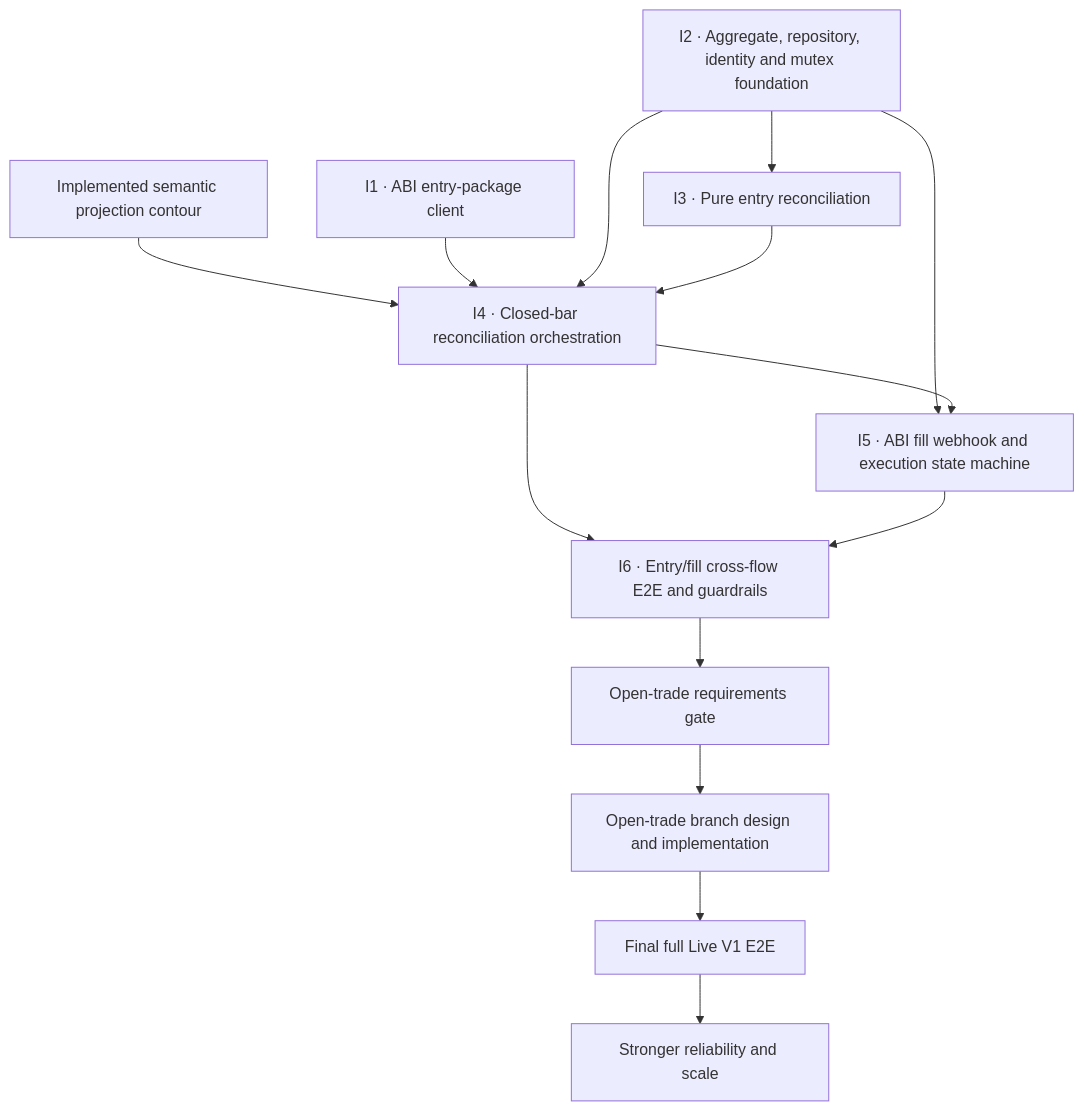
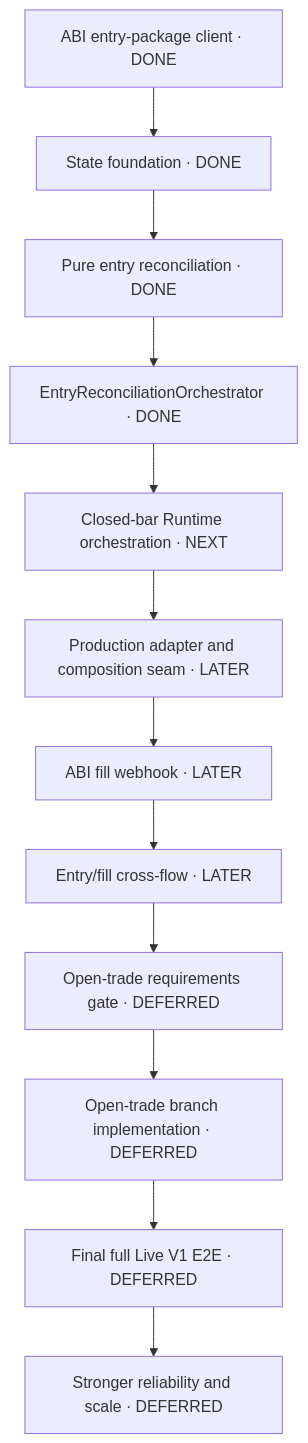
The diagram in docs/system-plans/runtime-abi-entry-delivery-map.md (roman-vyl/strategy_runtime), drawn with Mermaid before and after one commit. The commit also changed other lines of this file and 6 other files, not shown here.

````diff
--- a/docs/system-plans/runtime-abi-entry-delivery-map.md
+++ b/docs/system-plans/runtime-abi-entry-delivery-map.md
@@ -25,28 +25,19 @@
 ```mermaid
 flowchart TD
-    CURRENT["Implemented semantic projection contour"]
-    I1["I1 · ABI entry-package client"]
-    I2["I2 · Aggregate, repository, identity and mutex foundation"]
-    I3["I3 · Pure entry reconciliation"]
-    I4["I4 · Closed-bar reconciliation orchestration"]
-    I5["I5 · ABI fill webhook and execution state machine"]
-    I6["I6 · Entry/fill cross-flow E2E and guardrails"]
-    OPEN_GATE["Open-trade requirements gate"]
-    OPEN_IMPL["Open-trade branch design and implementation"]
-    FINAL["Final full Live V1 E2E"]
-    FUTURE["Stronger reliability and scale"]
+    I1["ABI entry-package client · DONE"]
+    I2["State foundation · DONE"]
+    I3["Pure entry reconciliation · DONE"]
+    I4A["EntryReconciliationOrchestrator · DONE"]
+    I4B["Closed-bar Runtime orchestration · NEXT"]
+    INTEGRATION["Production adapter and composition seam · LATER"]
+    I5["ABI fill webhook · LATER"]
+    I6["Entry/fill cross-flow · LATER"]
+    OPEN_GATE["Open-trade requirements gate · DEFERRED"]
+    OPEN_IMPL["Open-trade branch implementation · DEFERRED"]
+    FINAL["Final full Live V1 E2E · DEFERRED"]
+    FUTURE["Stronger reliability and scale · DEFERRED"]
 
-    CURRENT --> I4
-    I1 --> I4
-    I2 --> I3
-    I2 --> I4
-    I2 --> I5
-    I3 --> I4
-    I4 --> I5
-    I4 --> I6
-    I5 --> I6
-    I6 --> OPEN_GATE
-    OPEN_GATE --> OPEN_IMPL
-    OPEN_IMPL --> FINAL
-    FINAL --> FUTURE
+    I1 --> I2 --> I3 --> I4A --> I4B
+    I4B --> INTEGRATION --> I5 --> I6
+    I6 --> OPEN_GATE --> OPEN_IMPL --> FINAL --> FUTURE
 ```
````
